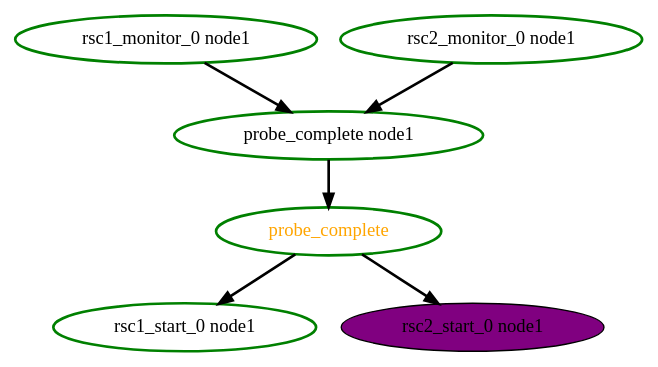
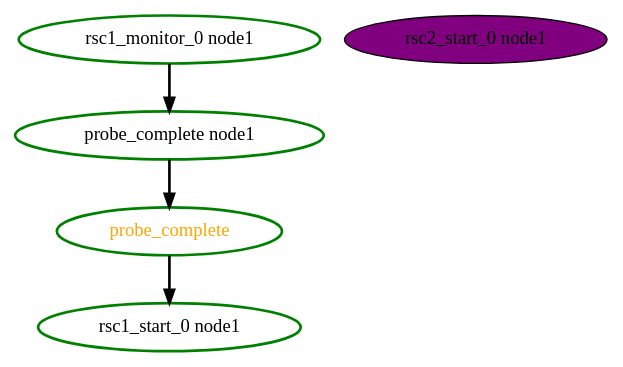
One commit to richiewen8/heartbeat changed the diagram in crm/pengine/testcases/bad5.dot. Above: the diagram before and after it, drawn with Graphviz. The commit also changed 25 other files, not shown here.

```diff
--- a/crm/pengine/testcases/bad5.dot
+++ b/crm/pengine/testcases/bad5.dot
@@ -1,14 +1,11 @@
 digraph "g" {
 	size = "30,30"
 "probe_complete" [ style=bold color="green" fontcolor="orange" ]
 "probe_complete node1" [ style=bold color="green" fontcolor="black" ]
 "rsc1_monitor_0 node1" [ style=bold color="green" fontcolor="black" ]
-"rsc2_monitor_0 node1" [ style=bold color="green" fontcolor="black" ]
 "rsc1_start_0 node1" [ style=bold color="green" fontcolor="black" ]
 "rsc2_start_0 node1" [ font_color=black style=filled fillcolor=purple ]
 "probe_complete node1" -> "probe_complete" [ style = bold]
 "rsc1_monitor_0 node1" -> "probe_complete node1" [ style = bold]
-"rsc2_monitor_0 node1" -> "probe_complete node1" [ style = bold]
 "probe_complete" -> "rsc1_start_0 node1" [ style = bold]
-"probe_complete" -> "rsc2_start_0 node1" [ style = bold]
 }
```
